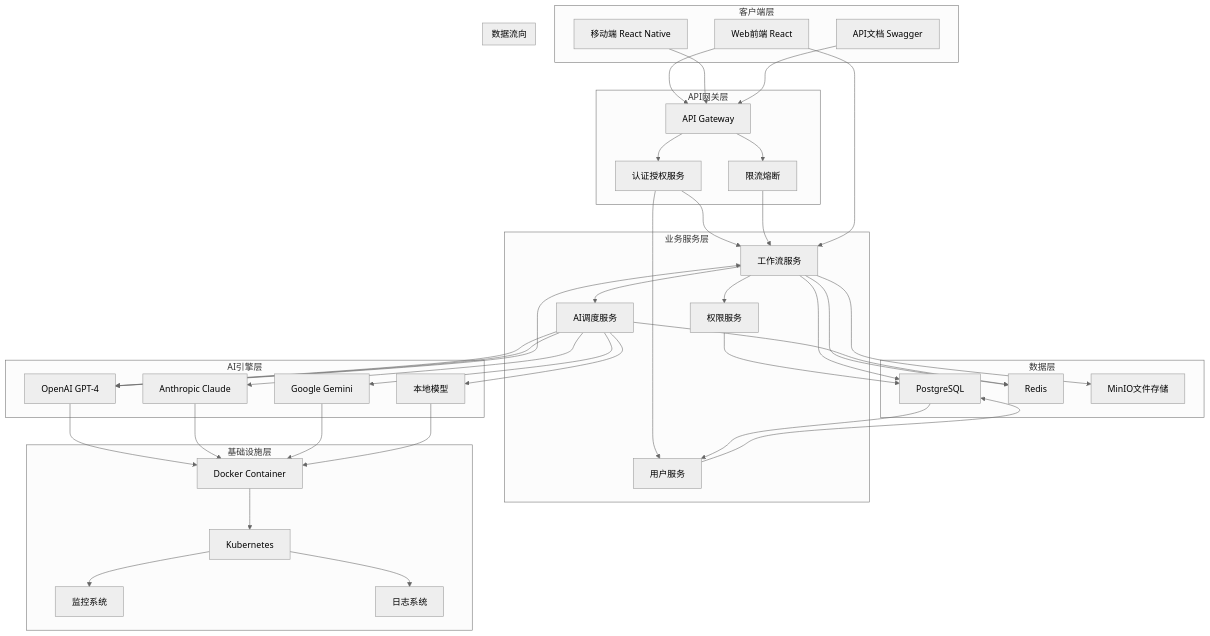
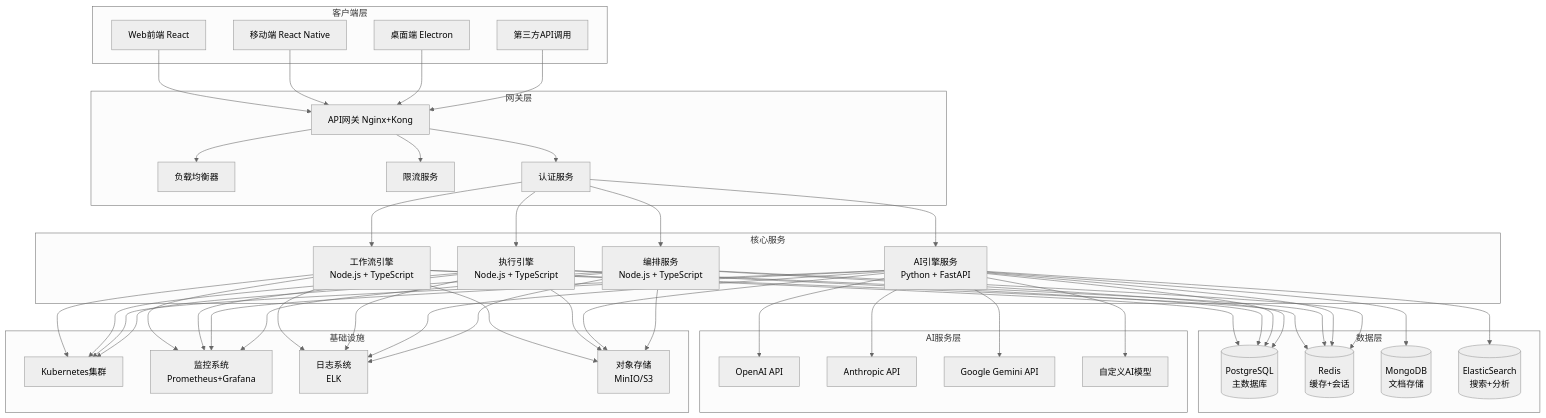
Before and after one commit to ai-ideas-lab/ai-workspace-orchestrator: the diagram in docs/arch-design-ai-workspace-orchestrator.md, drawn with Mermaid (neutral theme). The commit also changed other lines of this file, not shown here.

````diff
--- a/docs/arch-design-ai-workspace-orchestrator.md
+++ b/docs/arch-design-ai-workspace-orchestrator.md
@@ -92,77 +63,96 @@
 ```mermaid
 graph TB
     subgraph "客户端层"
-        A[Web前端 React]
-        B[移动端 React Native]
-        C[API文档 Swagger]
+        Web[Web前端 React]
+        Mobile[移动端 React Native]
+        Desktop[桌面端 Electron]
+        API[第三方API调用]
     end
-
-    subgraph "API网关层"
-        D[API Gateway]
-        E[认证授权服务]
-        F[限流熔断]
+    
+    subgraph "网关层"
+        Gateway[API网关 Nginx+Kong]
+        LoadBalancer[负载均衡器]
+        RateLimit[限流服务]
+        Auth[认证服务]
     end
-
-    subgraph "业务服务层"
-        G[工作流服务]
-        H[AI调度服务]
-        I[用户服务]
-        J[权限服务]
+    
+    subgraph "核心服务"
+        Workflow[工作流引擎<br/>Node.js + TypeScript]
+        Execution[执行引擎<br/>Node.js + TypeScript]
+        AIEngine[AI引擎服务<br/>Python + FastAPI]
+        Orchestrator[编排服务<br/>Node.js + TypeScript]
     end
-
+    
     subgraph "数据层"
-        K[PostgreSQL]
-        L[Redis]
-        M[MinIO文件存储]
+        PostgreSQL[(PostgreSQL<br/>主数据库)]
+        Redis[(Redis<br/>缓存+会话)]
+        Mongo[(MongoDB<br/>文档存储)]
+        ElasticSearch[(ElasticSearch<br/>搜索+分析)]
     end
-
-    subgraph "AI引擎层"
-        N[OpenAI GPT-4]
-        O[Anthropic Claude]
-        P[Google Gemini]
-        Q[本地模型]
+    
+    subgraph "AI服务层"
+        OpenAI[OpenAI API]
+        Anthropic[Anthropic API]
+        GoogleAI[Google Gemini API]
+        CustomAI[自定义AI模型]
     end
-
-    subgraph "基础设施层"
-        R[Docker Container]
-        S[Kubernetes]
-        T[监控系统]
-        U[日志系统]
+    
+    subgraph "基础设施"
+        Kubernetes[Kubernetes集群]
+        Monitoring[监控系统<br/>Prometheus+Grafana]
+        Logging[日志系统<br/>ELK]
+        Storage[对象存储<br/>MinIO/S3]
     end
-
-    A --> D
-    B --> D
-    C --> D
-    D --> E
-    D --> F
-    E --> G
-    E --> I
-    F --> G
-    G --> H
-    G --> J
-    H --> N
-    H --> O
-    H --> P
-    H --> Q
-    I --> K
-    J --> K
-    G --> L
-    H --> L
-    G --> M
-    N --> R
-    O --> R
-    P --> R
-    Q --> R
-    R --> S
-    S --> T
-    S --> U
-
-    subgraph "数据流向"
-        direction LR
-        A --> G
-        H --> N
-        N --> G
-        G --> K
-        K --> I
-    end
+    
+    Web --> Gateway
+    Mobile --> Gateway
+    Desktop --> Gateway
+    API --> Gateway
+    
+    Gateway --> LoadBalancer
+    Gateway --> RateLimit
+    Gateway --> Auth
+    
+    Auth --> Workflow
+    Auth --> Execution
+    Auth --> AIEngine
+    Auth --> Orchestrator
+    
+    Workflow --> PostgreSQL
+    Execution --> PostgreSQL
+    AIEngine --> PostgreSQL
+    Orchestrator --> PostgreSQL
+    
+    Workflow --> Redis
+    Execution --> Redis
+    AIEngine --> Redis
+    Orchestrator --> Redis
+    
+    AIEngine --> Mongo
+    AIEngine --> ElasticSearch
+    
+    AIEngine --> OpenAI
+    AIEngine --> Anthropic
+    AIEngine --> GoogleAI
+    AIEngine --> CustomAI
+    
+    Workflow --> Kubernetes
+    Execution --> Kubernetes
+    AIEngine --> Kubernetes
+    Orchestrator --> Kubernetes
+    
+    Workflow --> Monitoring
+    Execution --> Monitoring
+    AIEngine --> Monitoring
+    Orchestrator --> Monitoring
+    
+    Workflow --> Logging
+    Execution --> Logging
+    AIEngine --> Logging
+    Orchestrator --> Logging
+    
+    Workflow --> Storage
+    Execution --> Storage
+    AIEngine --> Storage
+    Orchestrator --> Storage
 ```
````
